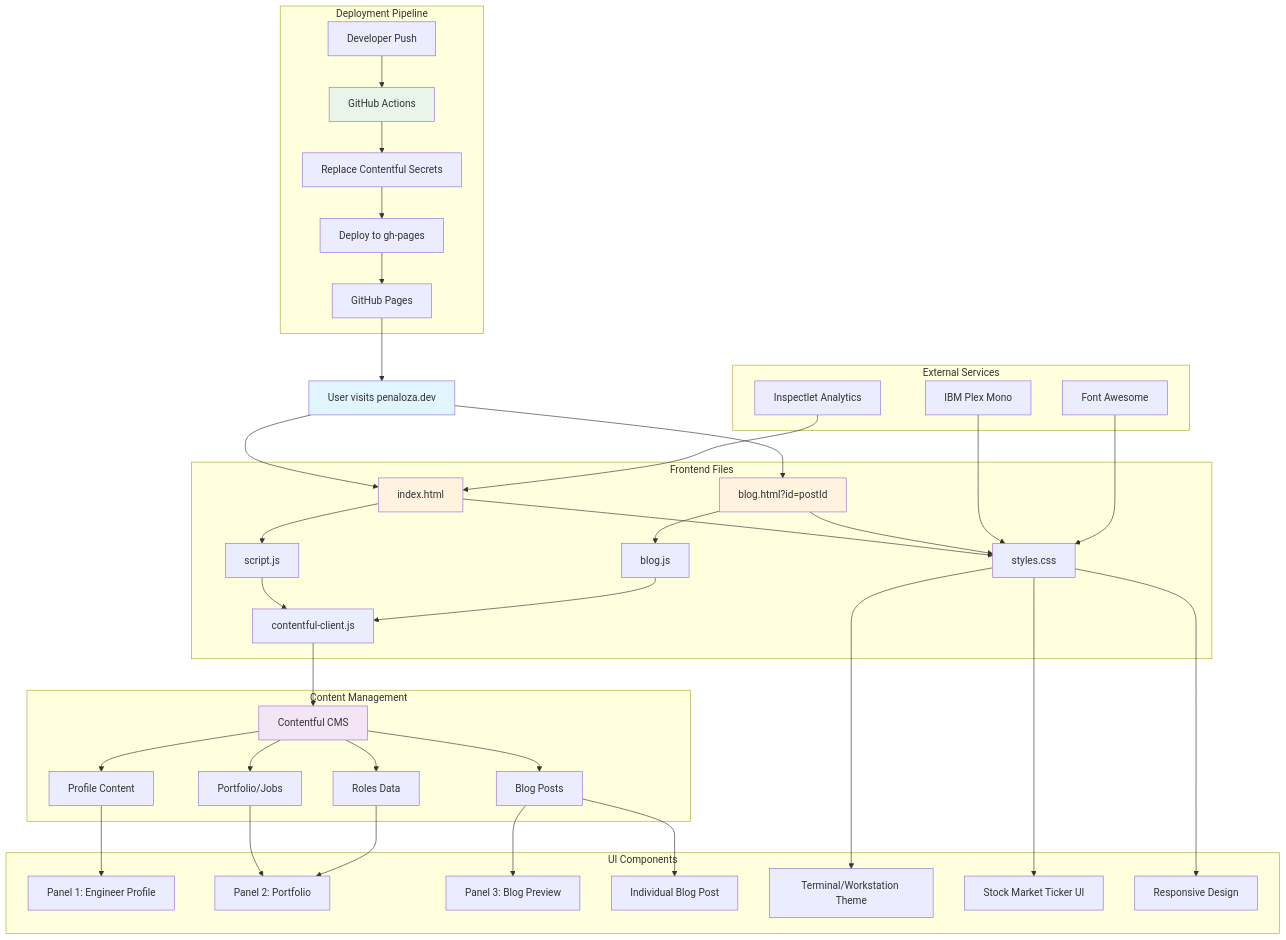
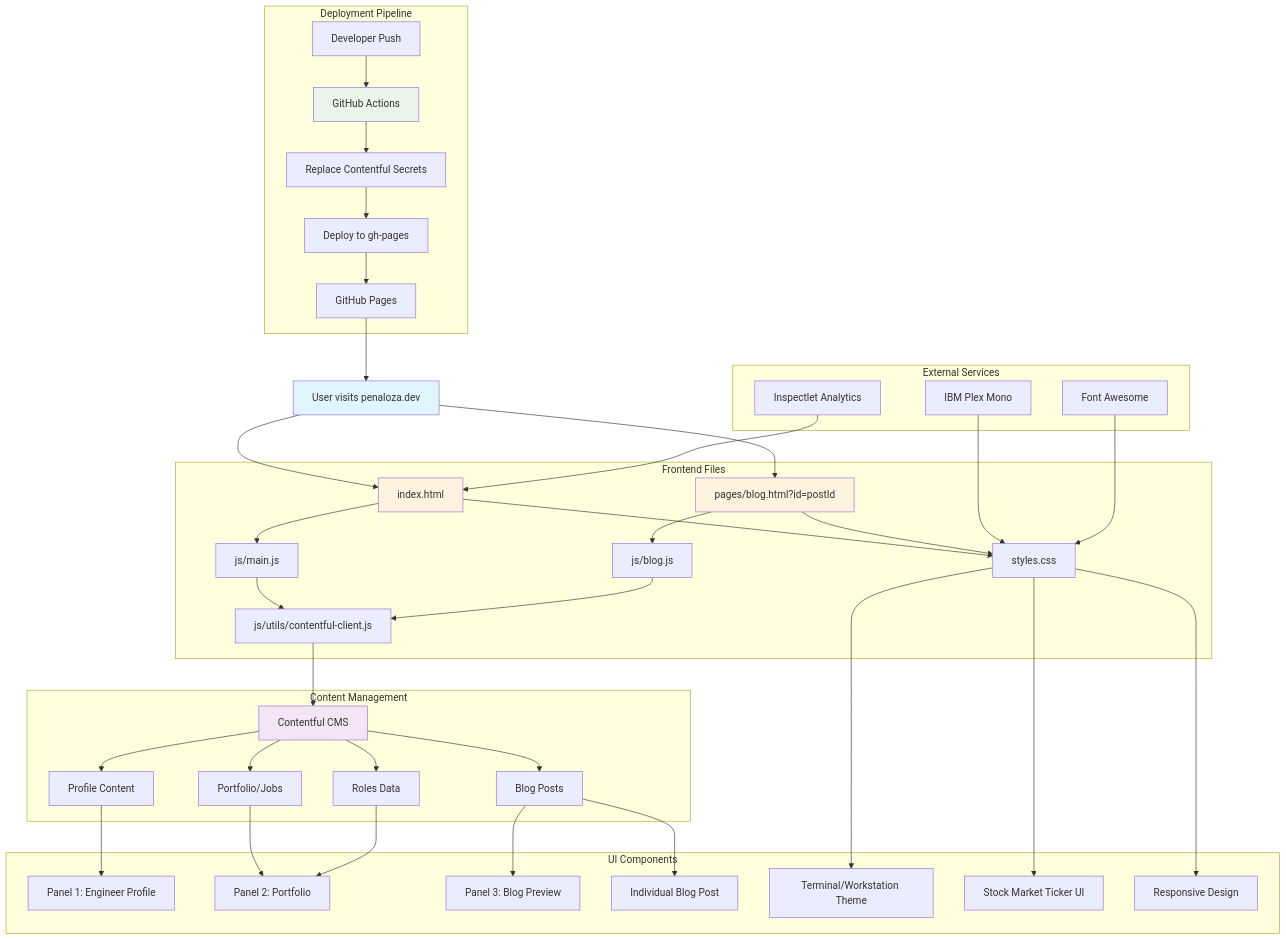
One commit to apenaloza7/personal-site changed the diagram in README.md. Above: the diagram before and after it, drawn with Mermaid. The commit also changed other lines of this file and 16 other files, not shown here.

````diff
--- a/README.md
+++ b/README.md
@@ -62,12 +77,12 @@
 ```mermaid
 graph TD
     A[User visits penaloza.dev] --> B[index.html]
-    A --> C[blog.html?id=postId]
+    A --> C[pages/blog.html?id=postId]
     
-    B --> D[script.js]
-    C --> E[blog.js]
+    B --> D[js/main.js]
+    C --> E[js/blog.js]
     
-    D --> F[contentful-client.js]
+    D --> F[js/utils/contentful-client.js]
     E --> F
     
     F --> G[Contentful CMS]
````
